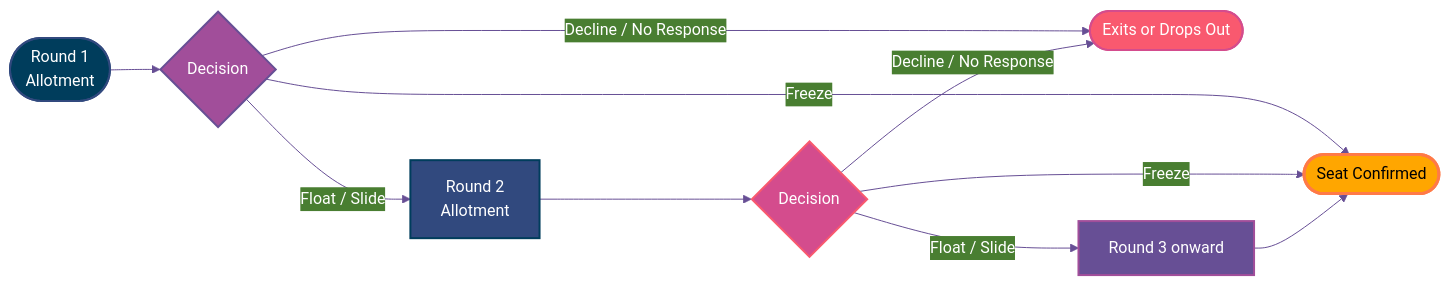
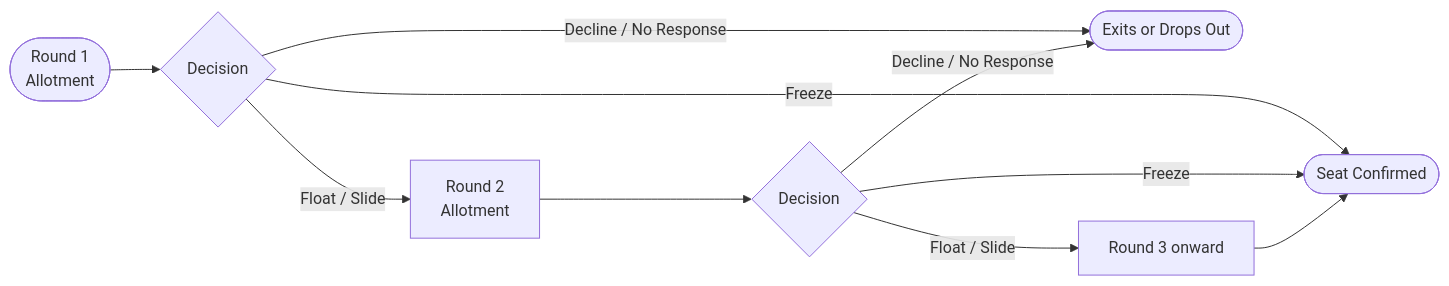
Before and after one commit to aashrutsharma/whitepaper: the third of 4 diagrams in getting-started/counselling.mdx, drawn with Mermaid. The commit also changed other lines of this file and 16 other files, not shown here.

````diff
--- a/getting-started/counselling.mdx
+++ b/getting-started/counselling.mdx
@@ -222,34 +185,16 @@
 ```mermaid
-%%{init: {
-  'theme': 'base',
-  'themeVariables': {
-    'primaryColor': '#31497e',
-    'primaryTextColor': '#ffffff',
-    'primaryBorderColor': '#003d5c',
-    'lineColor': '#674f95',
-    'background': 'transparent',
-    'fontFamily': 'Inter, sans-serif'
-  }
-}}%%
+
 flowchart LR
     R1([Round 1<br/>Allotment]) --> D1{Decision}
     D1 -- Freeze --> CONFIRM([Seat Confirmed])
     D1 -- Float / Slide --> R2[Round 2<br/>Allotment]
     D1 -- Decline / No Response --> EXIT([Exits or Drops Out])
     R2 --> D2{Decision}
     D2 -- Freeze --> CONFIRM
     D2 -- Decline / No Response --> EXIT([Exits or Drops Out])
     D2 -- Float / Slide --> R3[Round 3 onward]
 
     R3 --> CONFIRM
 
-    style R1 fill:#003d5c,stroke:#31497e,color:#ffffff,stroke-width:2px
-    style R2 fill:#31497e,stroke:#003d5c,color:#ffffff,stroke-width:2px
-    style R3 fill:#674f95,stroke:#a14e9a,color:#ffffff,stroke-width:2px
-    
-    style D1 fill:#a14e9a,stroke:#674f95,color:#ffffff,stroke-width:2px
-    style D2 fill:#d44c8d,stroke:#f9596f,color:#ffffff,stroke-width:2px
-    
-    style CONFIRM fill:#ffa600,stroke:#ff7a47,color:#000000,stroke-width:3px
-    style EXIT fill:#f9596f,stroke:#d44c8d,color:#ffffff,stroke-width:2px
+   
 ```
````
